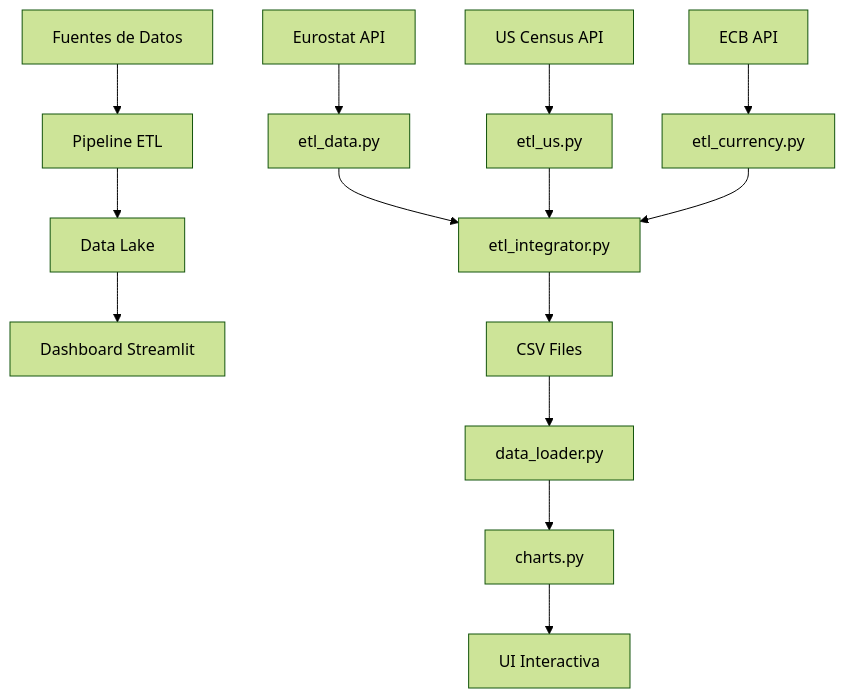
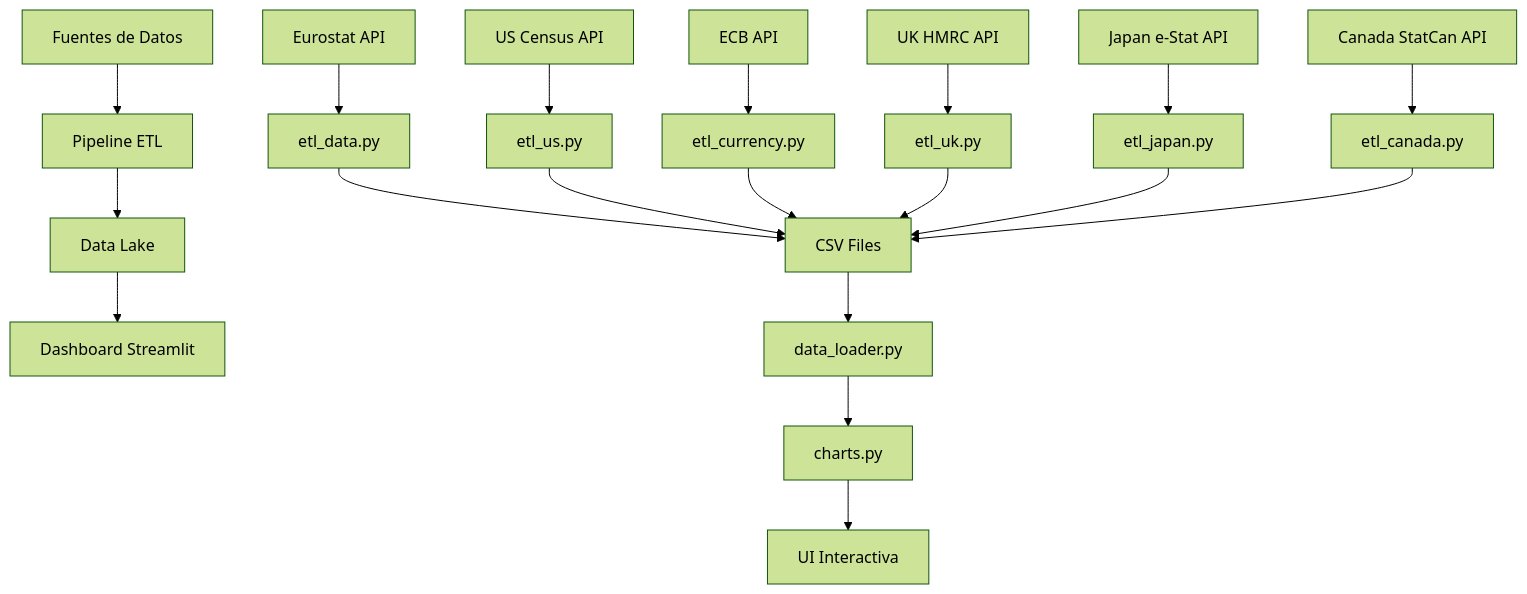
One commit to jaimeberdejo/Widget_Meteoconomics_Master changed the diagram in README.md. Above: the diagram before and after it, drawn with Mermaid (forest theme). The commit also changed other lines of this file and 10 other files, not shown here.

````diff
--- a/README.md
+++ b/README.md
@@ -150,19 +152,24 @@
 ```mermaid
 graph TB
     A[Fuentes de Datos] --> B[Pipeline ETL]
     B --> C[Data Lake]
     C --> D[Dashboard Streamlit]
     
     A1[Eurostat API] --> B1[etl_data.py]
     A2[US Census API] --> B2[etl_us.py]
     A3[ECB API] --> B3[etl_currency.py]
+    A4[UK HMRC API] --> B4[etl_uk.py]
+    A5[Japan e-Stat API] --> B5[etl_japan.py]
+    A6[Canada StatCan API] --> B6[etl_canada.py]
     
-    B1 --> B4[etl_integrator.py]
-    B2 --> B4
-    B3 --> B4
+    B1 --> C1[CSV Files]
+    B2 --> C1
+    B3 --> C1
+    B4 --> C1
+    B5 --> C1
+    B6 --> C1
     
-    B4 --> C1[CSV Files]
     C1 --> D1[data_loader.py]
     D1 --> D2[charts.py]
     D2 --> D3[UI Interactiva]
 ```
````
